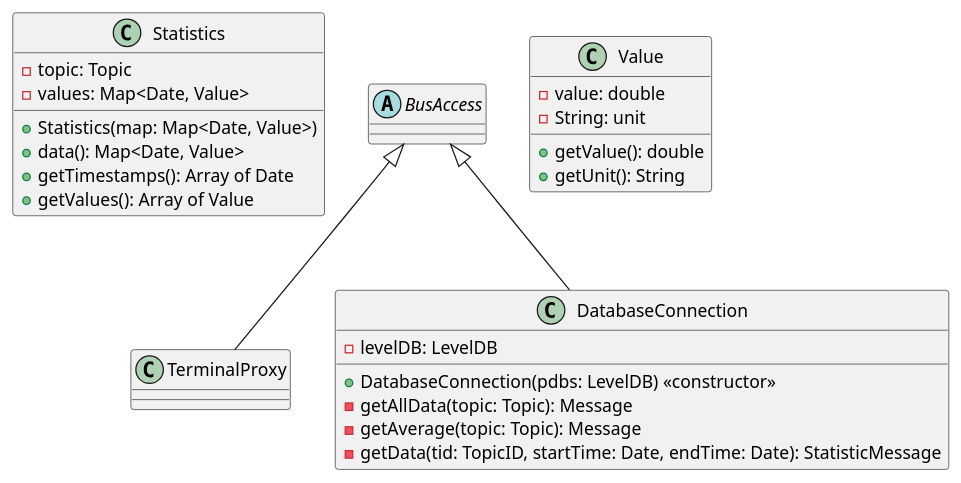
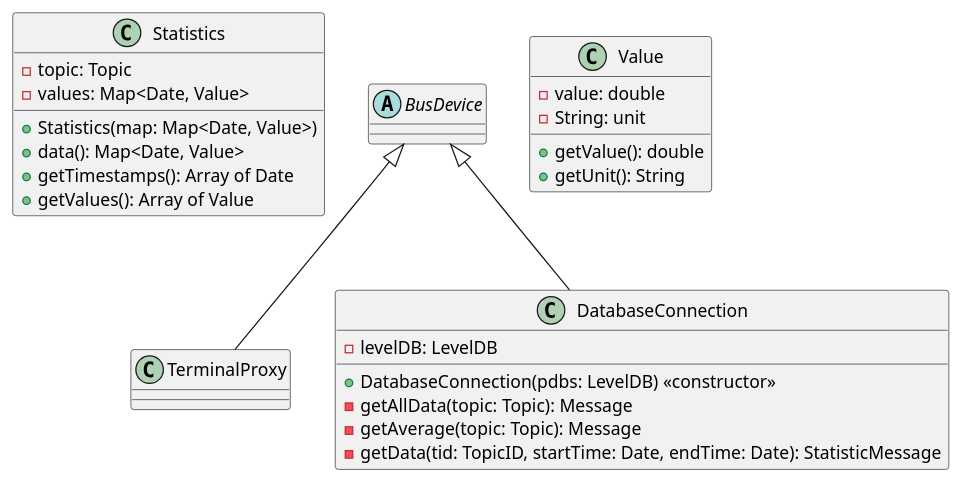
Before and after one commit to uzdry/PSE: the diagram in Entwurf/diagrams/DBStats.wsd, drawn with PlantUML. The commit also changed 15 other files, not shown here.

Commit message:
Changed BusAccess to BusDevice

```diff
--- a/Entwurf/diagrams/DBStats.wsd
+++ b/Entwurf/diagrams/DBStats.wsd
@@ -1,38 +1,38 @@
 @startuml
 
 
 class Statistics {
 	-topic: Topic
 	-values: Map<Date, Value>
 	+Statistics(map: Map<Date, Value>)
 	+data(): Map<Date, Value>
 	+getTimestamps(): Array of Date
 	+getValues(): Array of Value
 }
 
-abstract class BusAccess
+abstract class BusDevice
 
 class TerminalProxy {
 
 }
 
 class Value {
 	-value: double
 	-String: unit
 	+getValue(): double
 	+getUnit(): String
 }
 
 class DatabaseConnection {
 	-levelDB: LevelDB
 	+DatabaseConnection(pdbs: LevelDB) <<constructor>>
 	-getAllData(topic: Topic): Message
 	-getAverage(topic: Topic): Message
 	-getData(tid: TopicID, startTime: Date, endTime: Date): StatisticMessage
 
 }
 
-BusAccess <|-- DatabaseConnection
-BusAccess <|-- TerminalProxy
+BusDevice <|-- DatabaseConnection
+BusDevice <|-- TerminalProxy
 
 @enduml
```
